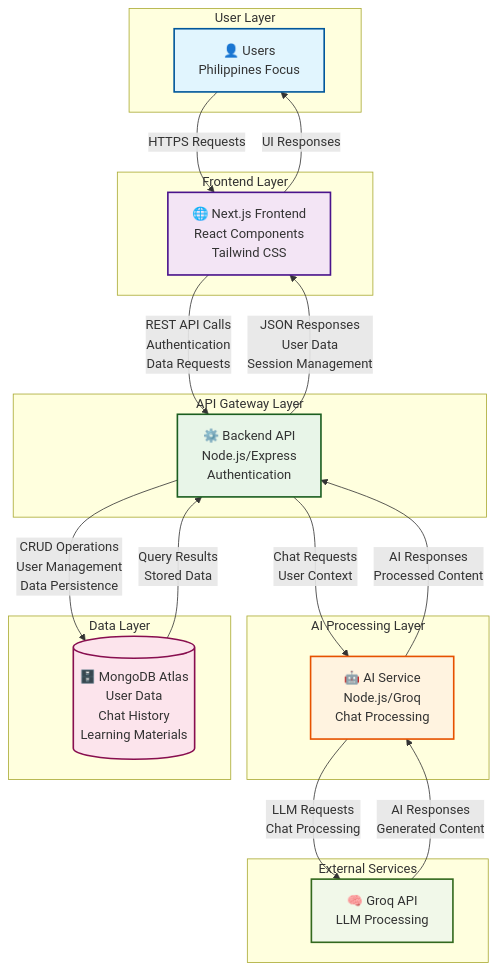
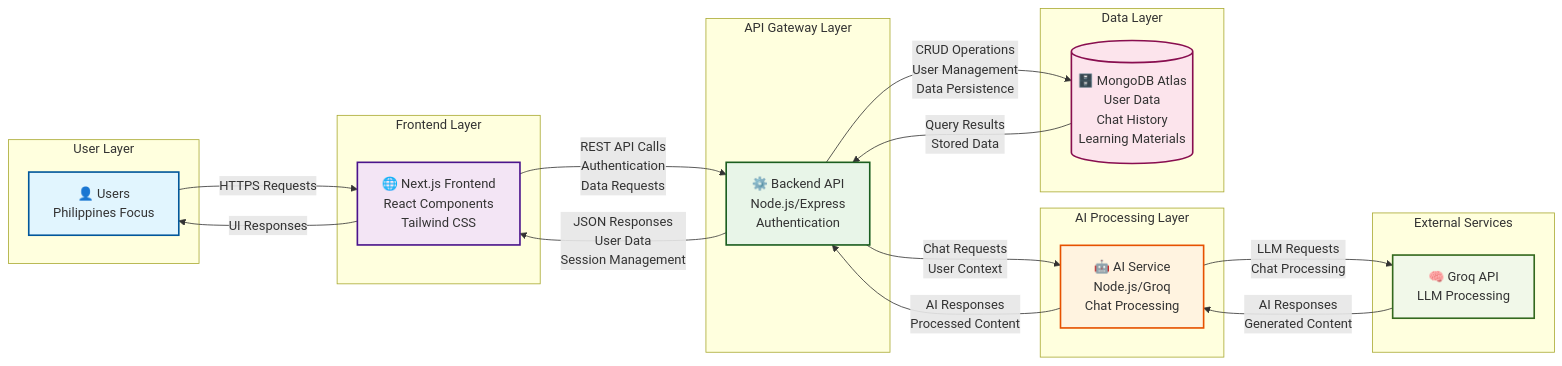
Before and after one commit to Honeegee/BrainBytesAI: the diagram in docs/diagrams/systemArchitecture.md, drawn with Mermaid. The commit also changed 4 other files, not shown here.

````diff
--- a/docs/diagrams/systemArchitecture.md
+++ b/docs/diagrams/systemArchitecture.md
@@ -5,61 +5,61 @@
 ```mermaid
-graph TB
+graph LR
     subgraph "User Layer"
         U[👤 Users<br/>Philippines Focus]
     end
     
     subgraph "Frontend Layer"
         FE[🌐 Next.js Frontend<br/>React Components<br/>Tailwind CSS]
     end
     
     subgraph "API Gateway Layer"
         BE[⚙️ Backend API<br/>Node.js/Express<br/>Authentication]
     end
     
     subgraph "AI Processing Layer"
         AI[🤖 AI Service<br/>Node.js/Groq<br/>Chat Processing]
     end
     
     subgraph "Data Layer"
         DB[(🗄️ MongoDB Atlas<br/>User Data<br/>Chat History<br/>Learning Materials)]
     end
     
     subgraph "External Services"
         GROQ[🧠 Groq API<br/>LLM Processing]
     end
     
     %% User interactions
     U -->|HTTPS Requests| FE
     FE -->|UI Responses| U
     
     %% Frontend to Backend
     FE -->|REST API Calls<br/>Authentication<br/>Data Requests| BE
     BE -->|JSON Responses<br/>User Data<br/>Session Management| FE
     
     %% Backend to AI Service
     BE -->|Chat Requests<br/>User Context| AI
     AI -->|AI Responses<br/>Processed Content| BE
     
     %% Backend to Database
     BE -->|CRUD Operations<br/>User Management<br/>Data Persistence| DB
     DB -->|Query Results<br/>Stored Data| BE
     
     %% AI Service to External
     AI -->|LLM Requests<br/>Chat Processing| GROQ
     GROQ -->|AI Responses<br/>Generated Content| AI
     
     %% Styling
     classDef userClass fill:#e1f5fe,stroke:#01579b,stroke-width:2px
     classDef frontendClass fill:#f3e5f5,stroke:#4a148c,stroke-width:2px
     classDef backendClass fill:#e8f5e8,stroke:#1b5e20,stroke-width:2px
     classDef aiClass fill:#fff3e0,stroke:#e65100,stroke-width:2px
     classDef dataClass fill:#fce4ec,stroke:#880e4f,stroke-width:2px
     classDef externalClass fill:#f1f8e9,stroke:#33691e,stroke-width:2px
     
     class U userClass
     class FE frontendClass
     class BE backendClass
     class AI aiClass
     class DB dataClass
     class GROQ externalClass
 ```
````
